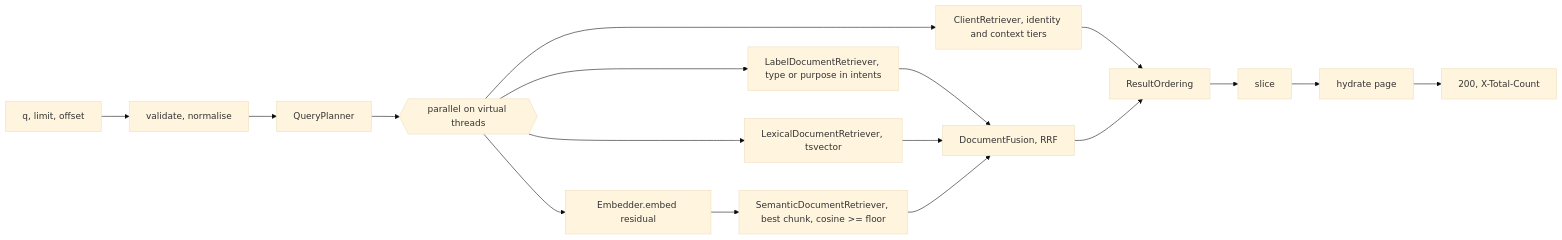
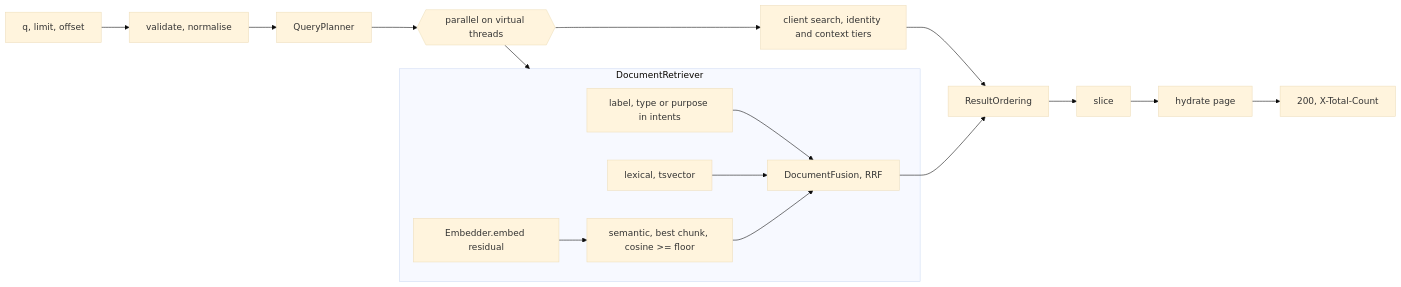
Before and after one commit to TsybulskyStepan/unified-search: the second of 2 diagrams in docs/system-design.md, drawn with Mermaid (base theme). The commit also changed other lines of this file and 3 other files, not shown here.

First line of the commit message:
refactor: extract DocumentRetriever from SearchService

````diff
--- a/docs/system-design.md
+++ b/docs/system-design.md
@@ -422,11 +421,14 @@
 ```mermaid
 flowchart LR
     Q["q, limit, offset"] --> V["validate, normalise"] --> P["QueryPlanner"]
     P --> PAR{{"parallel on virtual threads"}}
-    PAR --> CR["ClientRetriever, identity and context tiers"]
-    PAR --> LB["LabelDocumentRetriever, type or purpose in intents"]
-    PAR --> LX["LexicalDocumentRetriever, tsvector"]
-    PAR --> EQ["Embedder.embed residual"] --> SM["SemanticDocumentRetriever, best chunk, cosine >= floor"]
-    LB & LX & SM --> FU["DocumentFusion, RRF"]
+    PAR --> CR["client search, identity and context tiers"]
+    PAR --> DR
+    subgraph DR["DocumentRetriever"]
+        LB["label, type or purpose in intents"]
+        LX["lexical, tsvector"]
+        EQ["Embedder.embed residual"] --> SM["semantic, best chunk, cosine >= floor"]
+        LB & LX & SM --> FU["DocumentFusion, RRF"]
+    end
     CR & FU --> ORD["ResultOrdering"] --> SL["slice"] --> HY["hydrate page"] --> R["200, X-Total-Count"]
 ```
````
